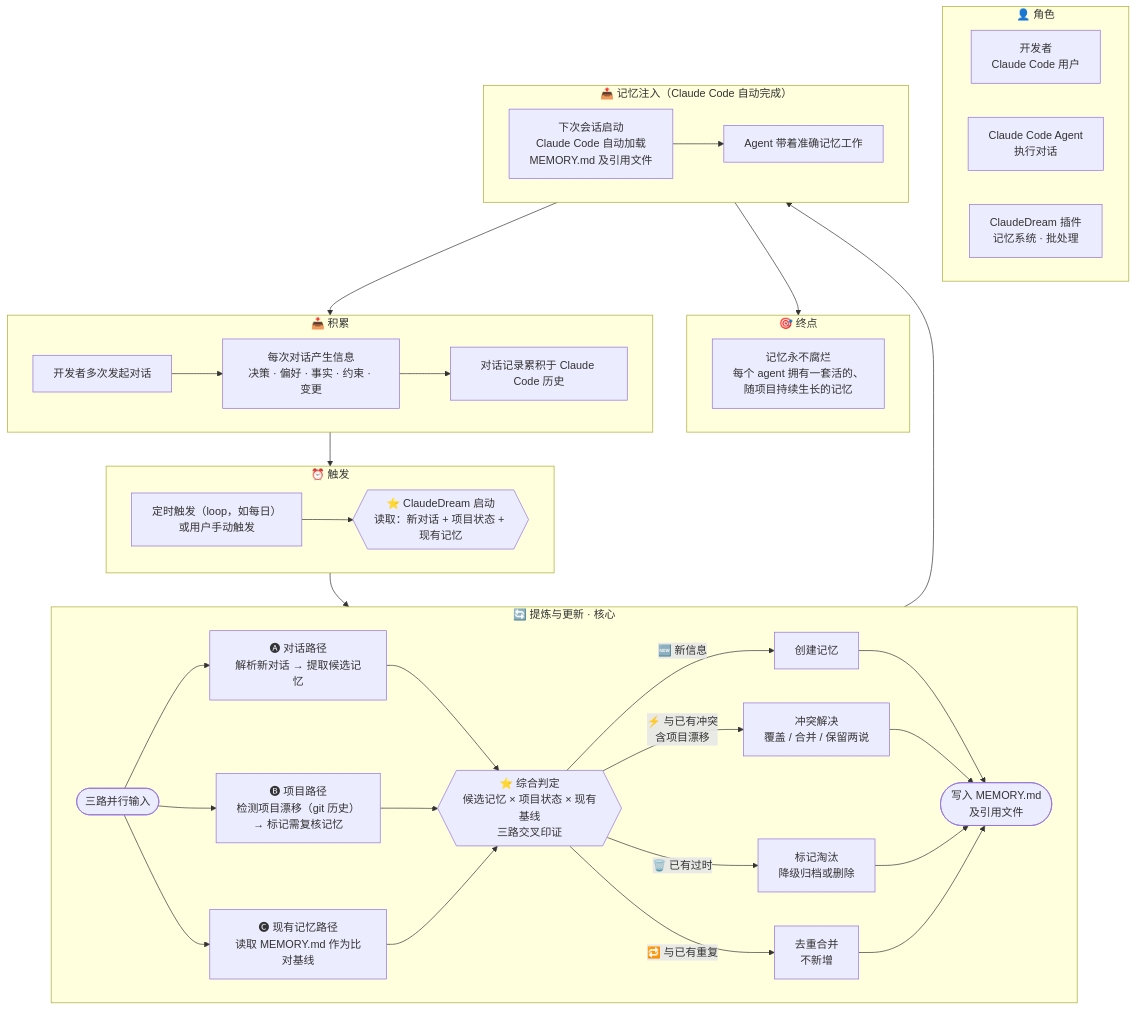
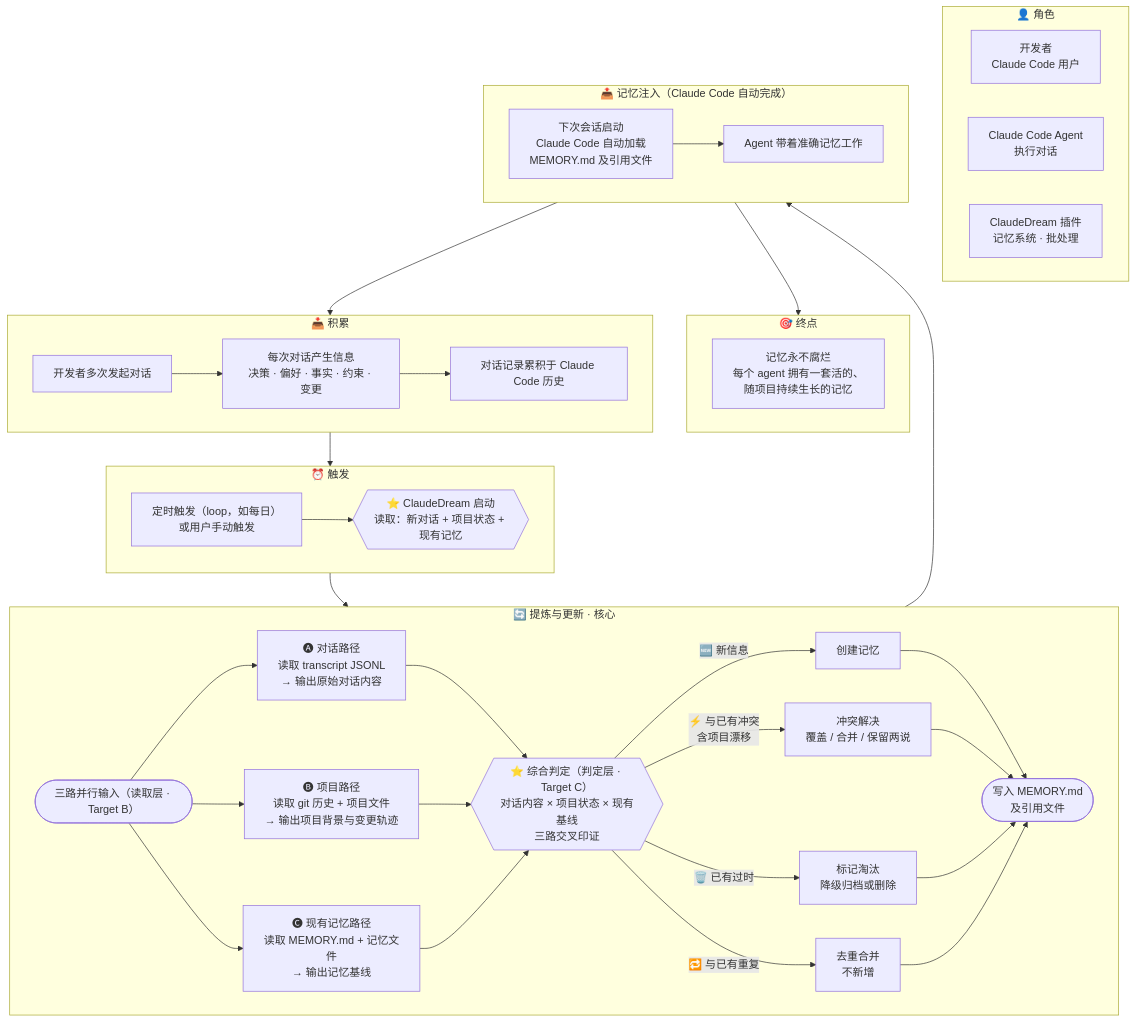
The diagram in .IDEO/DesignMapping.md (seapawn1/ClaudeDream), drawn with Mermaid before and after one commit. The commit also changed other lines of this file and 5 other files, not shown here.

First line of the commit message:
feat: Target B 方案草图 — 顺序管线，Map B/C 边界厘清

````diff
--- a/.IDEO/DesignMapping.md
+++ b/.IDEO/DesignMapping.md
@@ -18,51 +18,51 @@
 ```mermaid
 flowchart TB
     subgraph LEFT["👤 角色"]
         DEV["开发者\nClaude Code 用户"]
         AGENT["Claude Code Agent\n执行对话"]
         CD["ClaudeDream 插件\n记忆系统 · 批处理"]
     end
 
     subgraph RIGHT["🎯 终点"]
         GOAL["记忆永不腐烂\n每个 agent 拥有一套活的、\n随项目持续生长的记忆"]
     end
 
     subgraph ACCUM["📥 积累"]
         A1["开发者多次发起对话"] --> A2["每次对话产生信息\n决策 · 偏好 · 事实 · 约束 · 变更"]
         A2 --> A3["对话记录累积于 Claude Code 历史"]
     end
 
     subgraph TRIGGER["⏰ 触发"]
         T1["定时触发（loop，如每日）\n或用户手动触发"]
         T2{{"⭐ ClaudeDream 启动\n读取：新对话 + 项目状态 + 现有记忆"}}
         T1 --> T2
     end
 
     subgraph REFINE["🔄 提炼与更新 · 核心"]
-        R0(["三路并行输入"])
-        R0 --> R0a["🅐 对话路径\n解析新对话 → 提取候选记忆"]
-        R0 --> R0b["🅑 项目路径\n检测项目漂移（git 历史）\n→ 标记需复核记忆"]
-        R0 --> R0c["🅒 现有记忆路径\n读取 MEMORY.md 作为比对基线"]
-        R0a --> R3{{"⭐ 综合判定\n候选记忆 × 项目状态 × 现有基线\n三路交叉印证"}}
+        R0(["三路并行输入（读取层 · Target B）"])
+        R0 --> R0a["🅐 对话路径\n读取 transcript JSONL\n→ 输出原始对话内容"]
+        R0 --> R0b["🅑 项目路径\n读取 git 历史 + 项目文件\n→ 输出项目背景与变更轨迹"]
+        R0 --> R0c["🅒 现有记忆路径\n读取 MEMORY.md + 记忆文件\n→ 输出记忆基线"]
+        R0a --> R3{{"⭐ 综合判定（判定层 · Target C）\n对话内容 × 项目状态 × 现有基线\n三路交叉印证"}}
         R0b --> R3
         R0c --> R3
         R3 -->|"🆕 新信息"| R4a["创建记忆"]
         R3 -->|"⚡ 与已有冲突\n含项目漂移"| R4b["冲突解决\n覆盖 / 合并 / 保留两说"]
         R3 -->|"🗑️ 已有过时"| R4c["标记淘汰\n降级归档或删除"]
         R3 -->|"🔁 与已有重复"| R4d["去重合并\n不新增"]
         R4a --> R5(["写入 MEMORY.md\n及引用文件"])
         R4b --> R5
         R4c --> R5
         R4d --> R5
     end
 
     subgraph INJECT["📤 记忆注入（Claude Code 自动完成）"]
         I1["下次会话启动\nClaude Code 自动加载\nMEMORY.md 及引用文件"] --> I2["Agent 带着准确记忆工作"]
     end
 
     ACCUM --> TRIGGER
     TRIGGER --> REFINE
     REFINE --> INJECT
     INJECT --> ACCUM
     INJECT --> RIGHT
 ```
````
